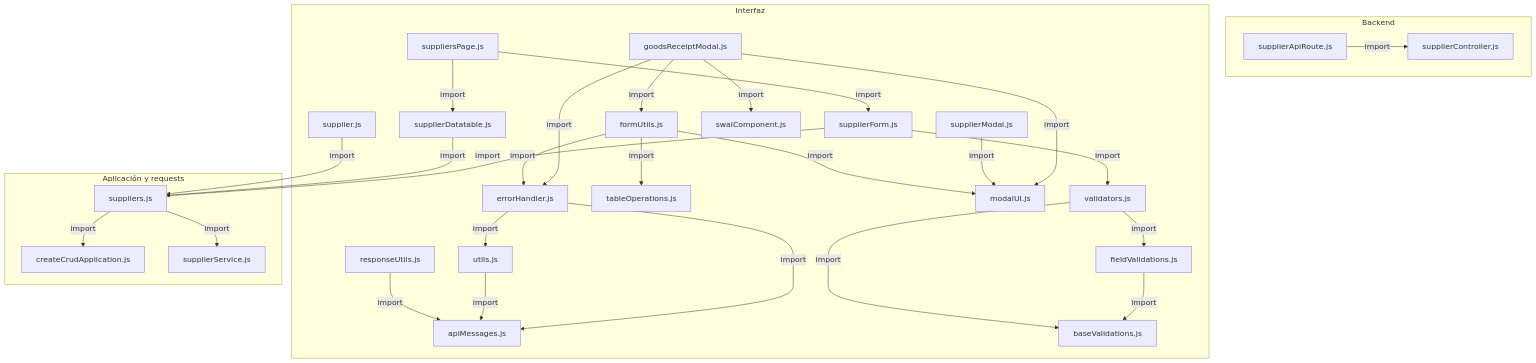
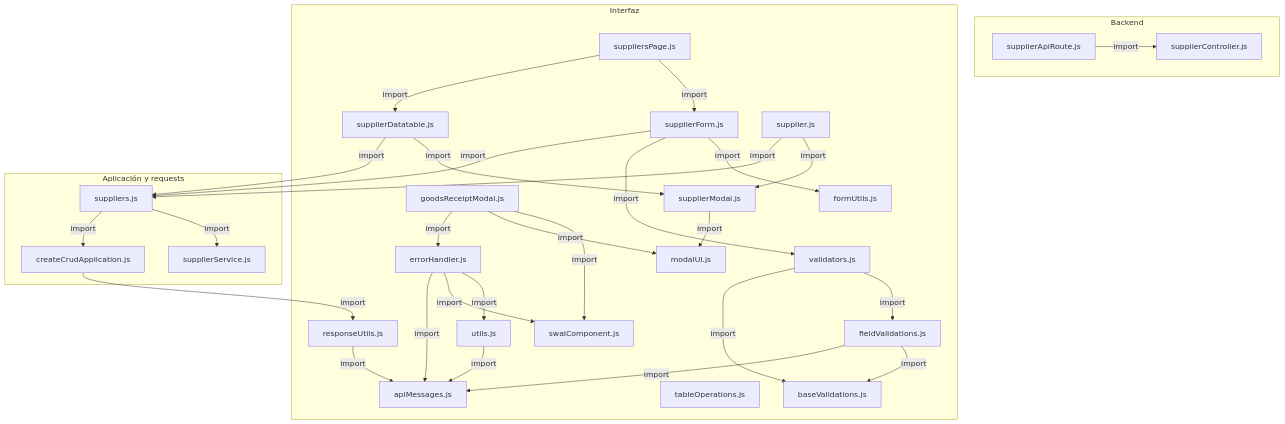
One commit to gpgsistemas01/nexus changed the first of 5 diagrams in docs/architecture/views/processes/frontend-code-sequences/catalogs/cu-cat-02.md. Above: the diagram before and after it, drawn with Mermaid. The commit also changed other lines of this file and 200 other files, not shown here.

````diff
--- a/docs/architecture/views/processes/frontend-code-sequences/catalogs/cu-cat-02.md
+++ b/docs/architecture/views/processes/frontend-code-sequences/catalogs/cu-cat-02.md
@@ -63,55 +63,57 @@
 ```mermaid
 flowchart TB
     subgraph Component0["Backend"]
         FileSupplierController["supplierController.js"]
         Transport["supplierApiRoute.js"]
     end
     subgraph Component1["Interfaz"]
         FileErrorHandler["errorHandler.js"]
         FileUtils["utils.js"]
         FileApiMessages["apiMessages.js"]
         FileGoodsReceiptModal["goodsReceiptModal.js"]
         View["supplierForm.js"]
         Modal["supplierModal.js"]
         FileSuppliersPage["suppliersPage.js"]
         FileTableOperations["tableOperations.js"]
         Origin["supplierDatatable.js"]
         Select["supplier.js"]
         FileSwalComponent["swalComponent.js"]
         FileModalUI["modalUI.js"]
         FormUtils["formUtils.js"]
         FileResponseUtils["responseUtils.js"]
         FileBaseValidations["baseValidations.js"]
         FileFieldValidations["fieldValidations.js"]
         FileValidators["validators.js"]
     end
     subgraph Component2["Aplicación y requests"]
         Application["createCrudApplication.js"]
         FileSuppliers["suppliers.js"]
         Request["supplierService.js"]
     end
+    Application -->|import| FileResponseUtils
     FileErrorHandler -->|import| FileApiMessages
+    FileErrorHandler -->|import| FileSwalComponent
     FileErrorHandler -->|import| FileUtils
-    FileUtils -->|import| FileApiMessages
-    FileSuppliers -->|import| Request
-    FileSuppliers -->|import| Application
+    FileFieldValidations -->|import| FileApiMessages
+    FileFieldValidations -->|import| FileBaseValidations
     FileGoodsReceiptModal -->|import| FileErrorHandler
-    FileGoodsReceiptModal -->|import| FormUtils
     FileGoodsReceiptModal -->|import| FileModalUI
     FileGoodsReceiptModal -->|import| FileSwalComponent
+    FileResponseUtils -->|import| FileApiMessages
+    FileSuppliers -->|import| Application
+    FileSuppliers -->|import| Request
+    FileSuppliersPage -->|import| Origin
+    FileSuppliersPage -->|import| View
+    FileUtils -->|import| FileApiMessages
+    FileValidators -->|import| FileBaseValidations
+    FileValidators -->|import| FileFieldValidations
+    Modal -->|import| FileModalUI
+    Origin -->|import| FileSuppliers
+    Origin -->|import| Modal
+    Select -->|import| FileSuppliers
+    Select -->|import| Modal
+    Transport -->|import| FileSupplierController
     View -->|import| FileSuppliers
     View -->|import| FileValidators
-    Modal -->|import| FileModalUI
-    FileSuppliersPage -->|import| Origin
-    FileSuppliersPage -->|import| View
-    Origin -->|import| FileSuppliers
-    Select -->|import| FileSuppliers
-    FormUtils -->|import| FileErrorHandler
-    FormUtils -->|import| FileTableOperations
-    FormUtils -->|import| FileModalUI
-    FileResponseUtils -->|import| FileApiMessages
-    FileFieldValidations -->|import| FileBaseValidations
-    FileValidators -->|import| FileBaseValidations
-    FileValidators -->|import| FileFieldValidations
-    Transport -->|import| FileSupplierController
+    View -->|import| FormUtils
 ```
````
